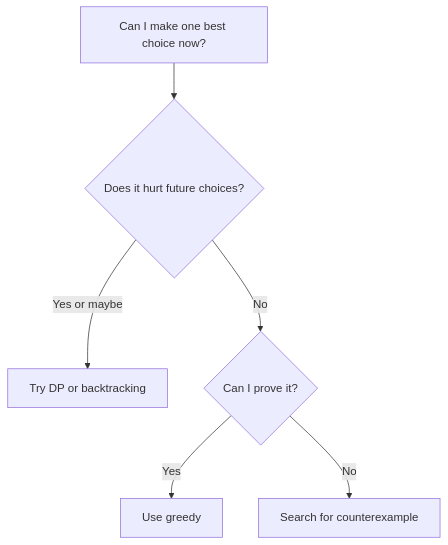
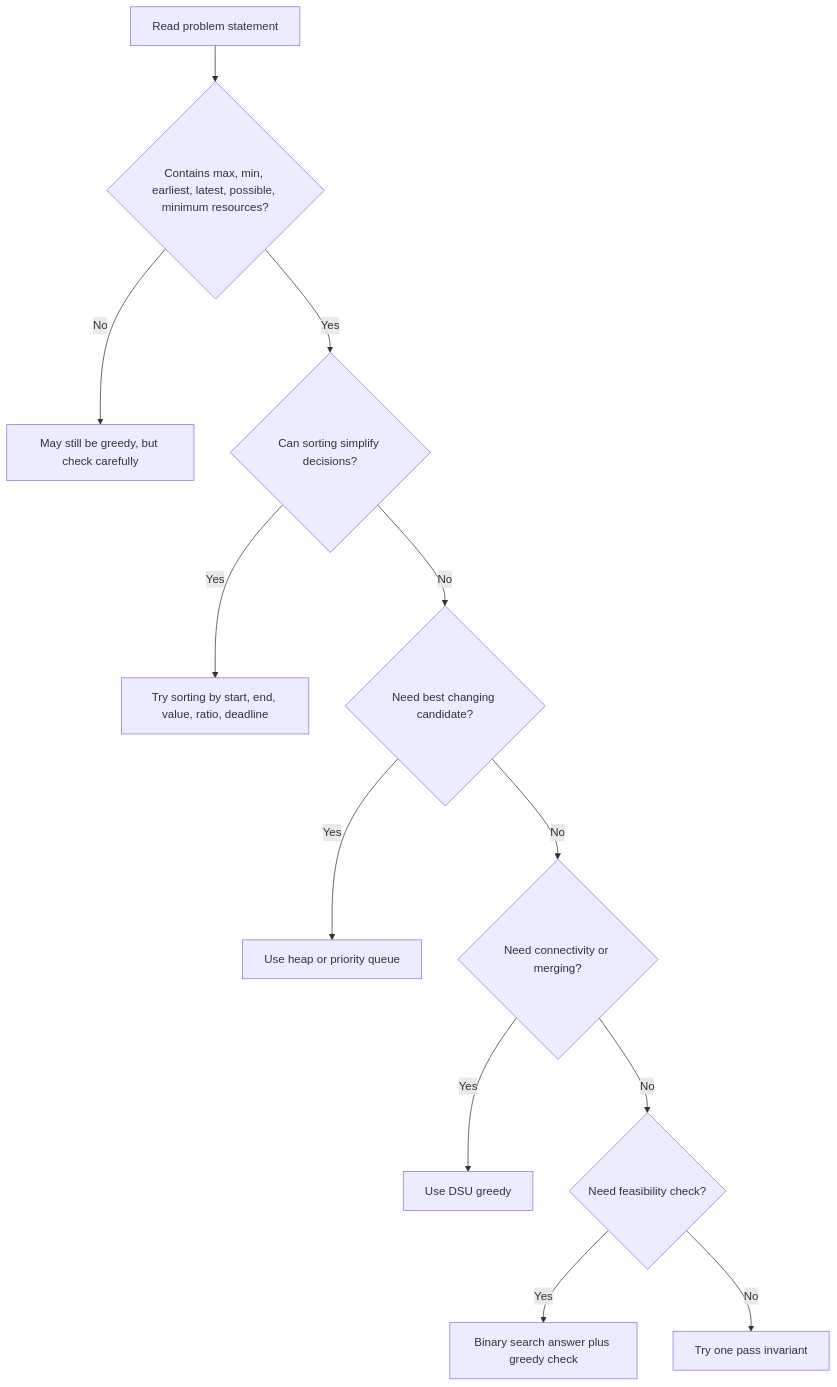
One commit to mthaiseer/springcloud-systemdesign-notes changed the second of 22 diagrams in CP_DSA_NOTES/CONCEPT_FRAMEWORK_FORMS_TATICS/010_GREEDY_CFFT.md. Above: the diagram before and after it, drawn with Mermaid. The commit also changed other lines of this file and 1 other file, not shown here.

````diff
--- a/CP_DSA_NOTES/CONCEPT_FRAMEWORK_FORMS_TATICS/010_GREEDY_CFFT.md
+++ b/CP_DSA_NOTES/CONCEPT_FRAMEWORK_FORMS_TATICS/010_GREEDY_CFFT.md
@@ -70,8 +68,14 @@
 ```mermaid
 flowchart TD
-    A[Can I make one best choice now?] --> B{Does it hurt future choices?}
-    B -->|Yes or maybe| C[Try DP or backtracking]
-    B -->|No| D{Can I prove it?}
-    D -->|Yes| E[Use greedy]
-    D -->|No| F[Search for counterexample]
+    A[Read problem statement] --> B{Contains max, min, earliest, latest, possible, minimum resources?}
+    B -->|No| C[May still be greedy, but check carefully]
+    B -->|Yes| D{Can sorting simplify decisions?}
+    D -->|Yes| E[Try sorting by start, end, value, ratio, deadline]
+    D -->|No| F{Need best changing candidate?}
+    F -->|Yes| G[Use heap or priority queue]
+    F -->|No| H{Need connectivity or merging?}
+    H -->|Yes| I[Use DSU greedy]
+    H -->|No| J{Need feasibility check?}
+    J -->|Yes| K[Binary search answer plus greedy check]
+    J -->|No| L[Try one pass invariant]
 ```
````
